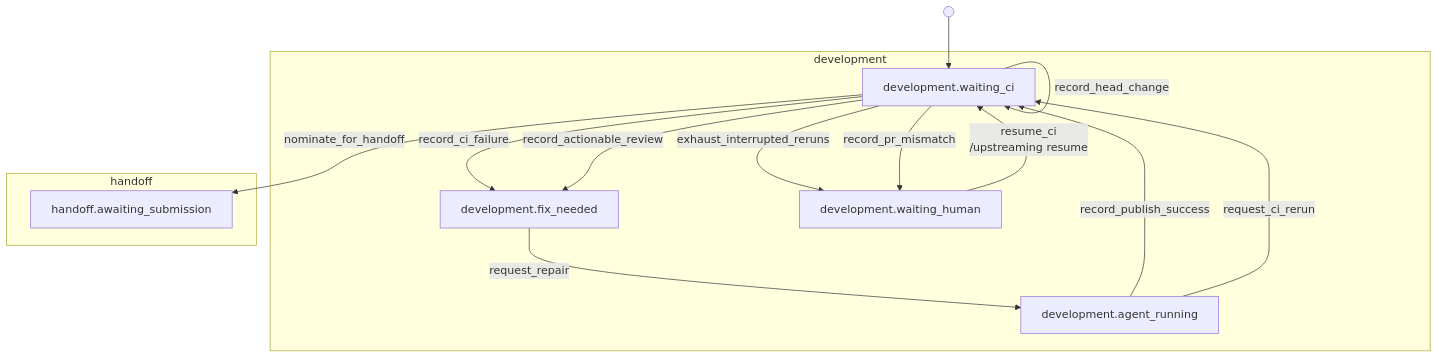
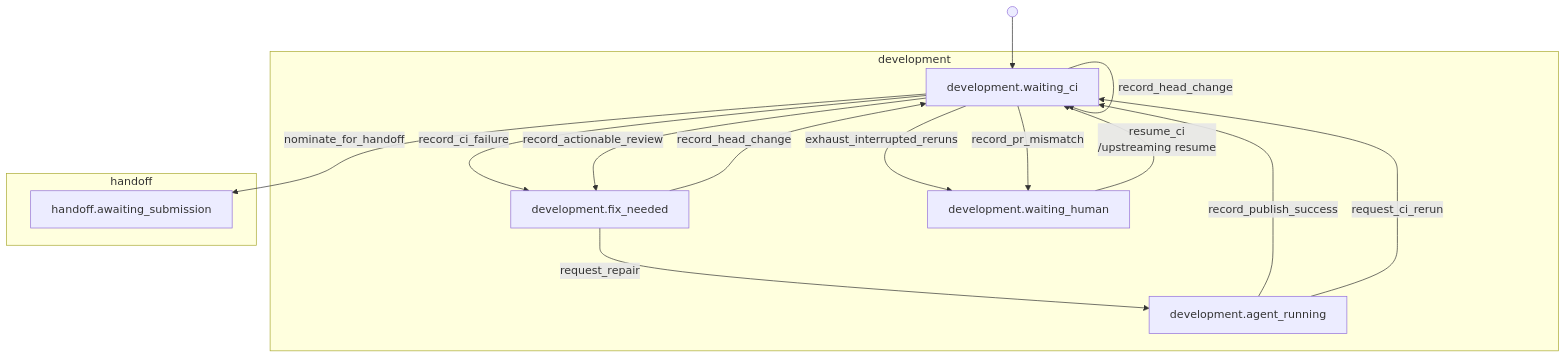
Before and after one commit to riseproject-dev/porting-agent: the ninth of 30 diagrams in docs/state-machine/index.md, drawn with Mermaid. The commit also changed other lines of this file and 12 other files, not shown here.

First line of the commit message:
Record a head change while development Work is due

````diff
--- a/docs/state-machine/index.md
+++ b/docs/state-machine/index.md
@@ -339,26 +339,27 @@
 ```mermaid
 flowchart TB
     subgraph development["development"]
         development_waiting_ci["development.waiting_ci"]
         development_fix_needed["development.fix_needed"]
         development_agent_running["development.agent_running"]
         development_waiting_human["development.waiting_human"]
     end
     subgraph handoff["handoff"]
         handoff_awaiting_submission["handoff.awaiting_submission"]
     end
 
     start_1(( )) --> development_waiting_ci
     development_waiting_ci -->|record_ci_failure| development_fix_needed
     development_waiting_ci -->|record_actionable_review| development_fix_needed
     development_waiting_ci -->|record_explanation| development_waiting_ci
     development_fix_needed -->|request_repair| development_agent_running
     development_agent_running -->|record_publish_success| development_waiting_ci
     development_agent_running -->|request_ci_rerun| development_waiting_ci
     development_waiting_ci -->|nominate_for_handoff| handoff_awaiting_submission
     development_waiting_ci -->|rerun_interrupted_ci| development_waiting_ci
     development_waiting_ci -->|exhaust_interrupted_reruns| development_waiting_human
     development_waiting_human -->|resume_ci<br/>/upstreaming resume| development_waiting_ci
     development_waiting_ci -->|record_head_change| development_waiting_ci
+    development_fix_needed -->|record_head_change| development_waiting_ci
     development_waiting_ci -->|record_pr_mismatch| development_waiting_human
 ```
````
